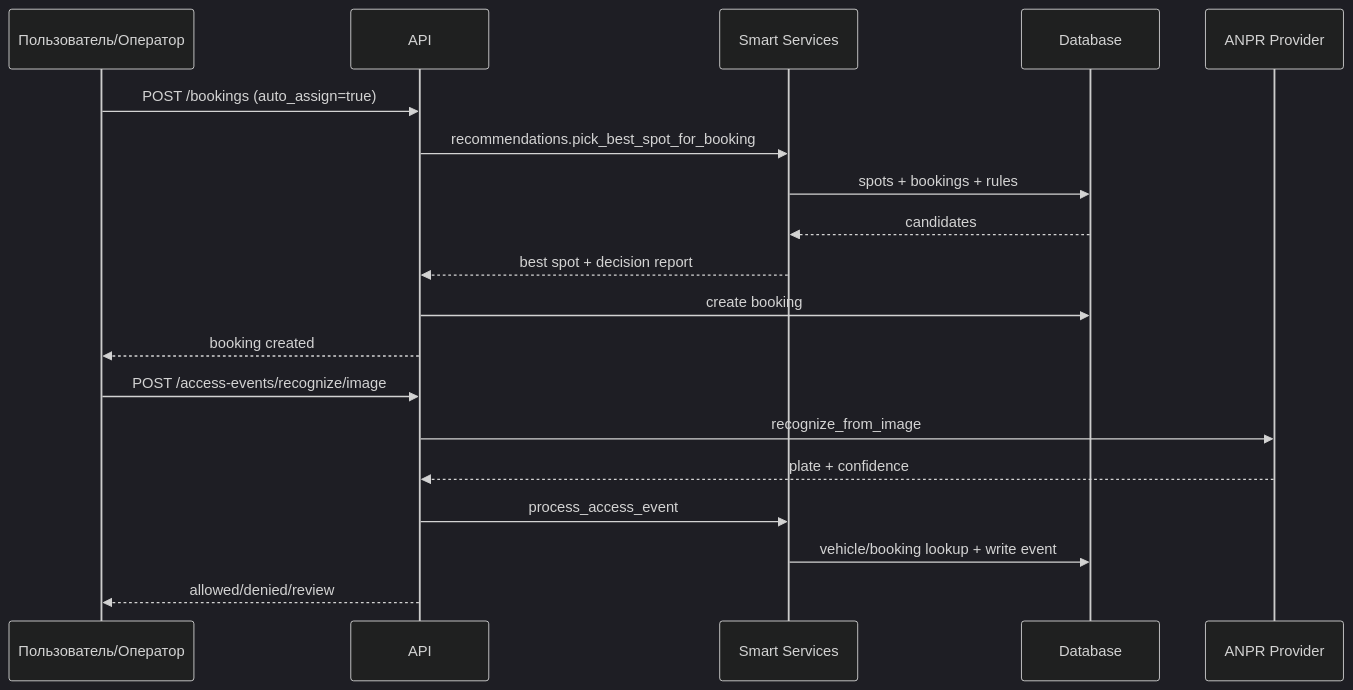
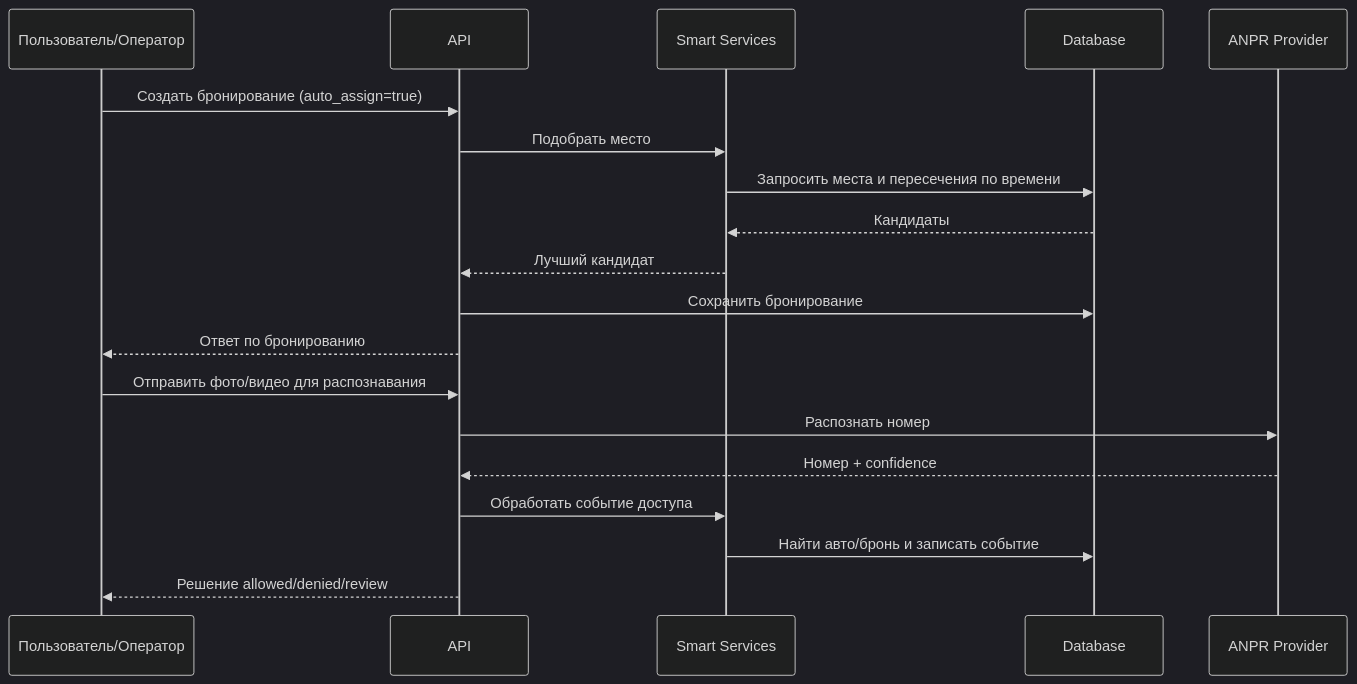
One commit to NickGAce/smart_parking_s changed the sixth of 6 diagrams in docs/smart-system-overview.md. Above: the diagram before and after it, drawn with Mermaid (dark theme). The commit also changed other lines of this file, not shown here.

Commit message:
docs: rewrite smart system overview in neutral technical style

````diff
--- a/docs/smart-system-overview.md
+++ b/docs/smart-system-overview.md
@@ -201,23 +390,23 @@
 ```mermaid
 sequenceDiagram
     participant User as Пользователь/Оператор
     participant API as API
     participant Smart as Smart Services
     participant DB as Database
     participant ANPR as ANPR Provider
 
-    User->>API: POST /bookings (auto_assign=true)
-    API->>Smart: recommendations.pick_best_spot_for_booking
-    Smart->>DB: spots + bookings + rules
-    DB-->>Smart: candidates
-    Smart-->>API: best spot + decision report
-    API->>DB: create booking
-    API-->>User: booking created
+    User->>API: Создать бронирование (auto_assign=true)
+    API->>Smart: Подобрать место
+    Smart->>DB: Запросить места и пересечения по времени
+    DB-->>Smart: Кандидаты
+    Smart-->>API: Лучший кандидат
+    API->>DB: Сохранить бронирование
+    API-->>User: Ответ по бронированию
 
-    User->>API: POST /access-events/recognize/image
-    API->>ANPR: recognize_from_image
-    ANPR-->>API: plate + confidence
-    API->>Smart: process_access_event
-    Smart->>DB: vehicle/booking lookup + write event
-    API-->>User: allowed/denied/review
+    User->>API: Отправить фото/видео для распознавания
+    API->>ANPR: Распознать номер
+    ANPR-->>API: Номер + confidence
+    API->>Smart: Обработать событие доступа
+    Smart->>DB: Найти авто/бронь и записать событие
+    API-->>User: Решение allowed/denied/review
 ```
````
